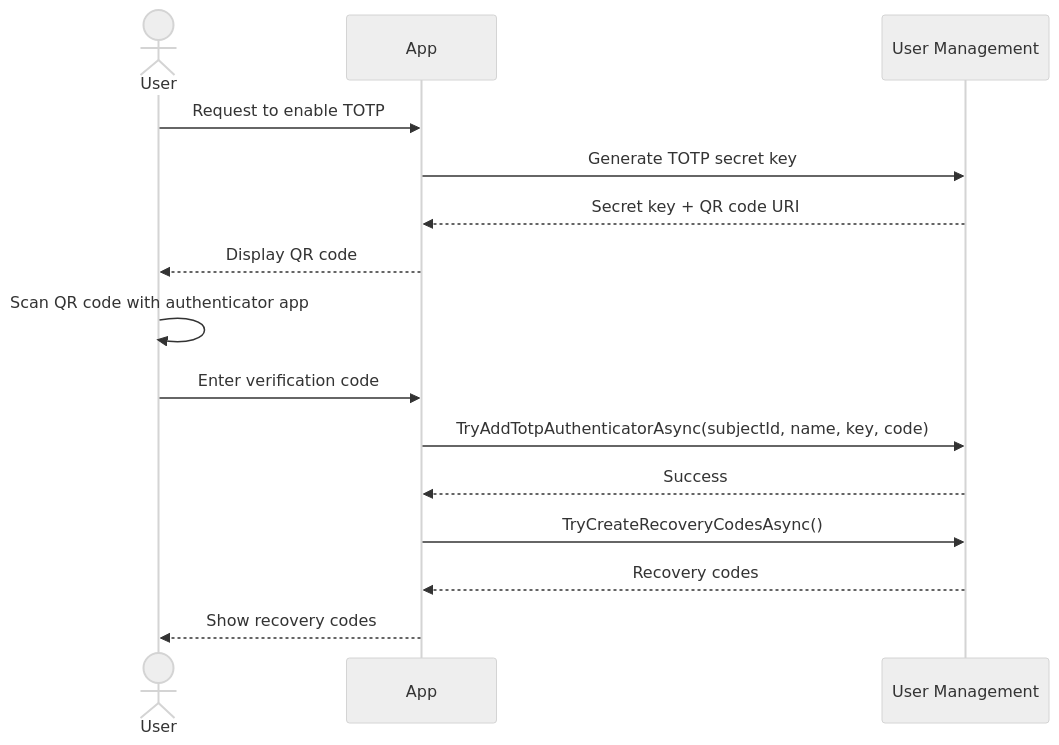
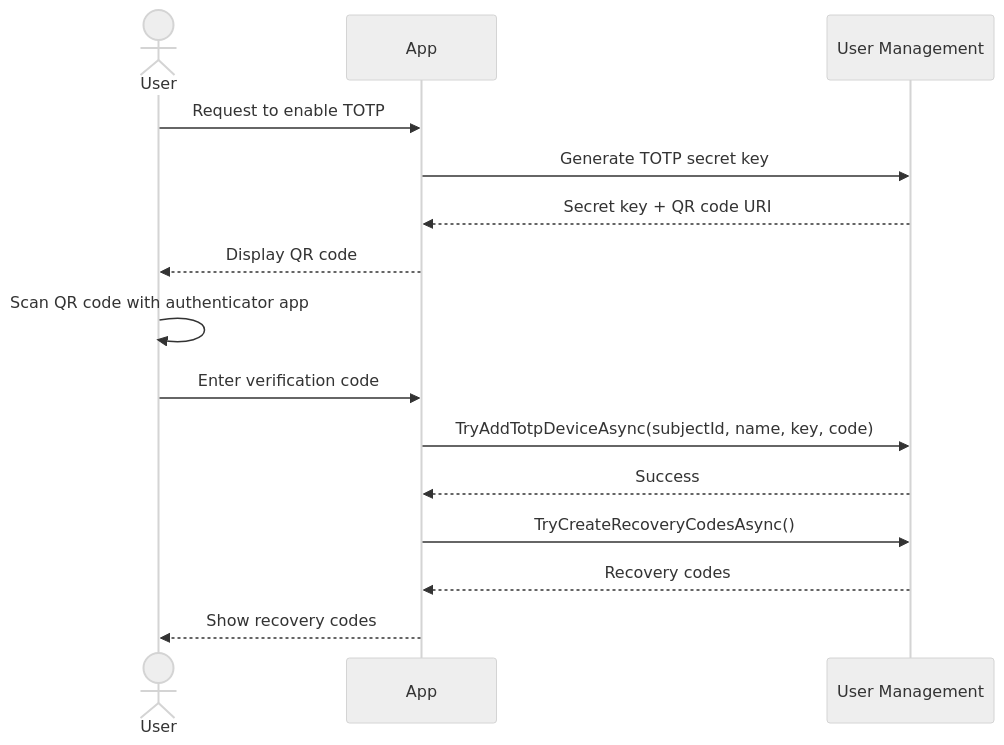
Before and after one commit to DuendeSoftware/docs.duendesoftware.com: the diagram in astro/src/content/docs/identityserver/usermanagement/authentication/totp.mdx, drawn with Mermaid (neutral theme). The commit also changed other lines of this file and 10 other files, not shown here.

Commit message:
docs: update user management terminology and interfaces for clarity and consistency

````diff
--- a/astro/src/content/docs/identityserver/usermanagement/authentication/totp.mdx
+++ b/astro/src/content/docs/identityserver/usermanagement/authentication/totp.mdx
@@ -212,18 +212,18 @@
 ```mermaid
 sequenceDiagram
     actor User
     participant App
     participant UserManagement as User Management
 
     User->>App: Request to enable TOTP
     App->>UserManagement: Generate TOTP secret key
     UserManagement-->>App: Secret key + QR code URI
     App-->>User: Display QR code
     User->>User: Scan QR code with authenticator app
     User->>App: Enter verification code
-    App->>UserManagement: TryAddTotpAuthenticatorAsync(subjectId, name, key, code)
+    App->>UserManagement: TryAddTotpDeviceAsync(subjectId, name, key, code)
     UserManagement-->>App: Success
     App->>UserManagement: TryCreateRecoveryCodesAsync()
     UserManagement-->>App: Recovery codes
     App-->>User: Show recovery codes
 ```
````
